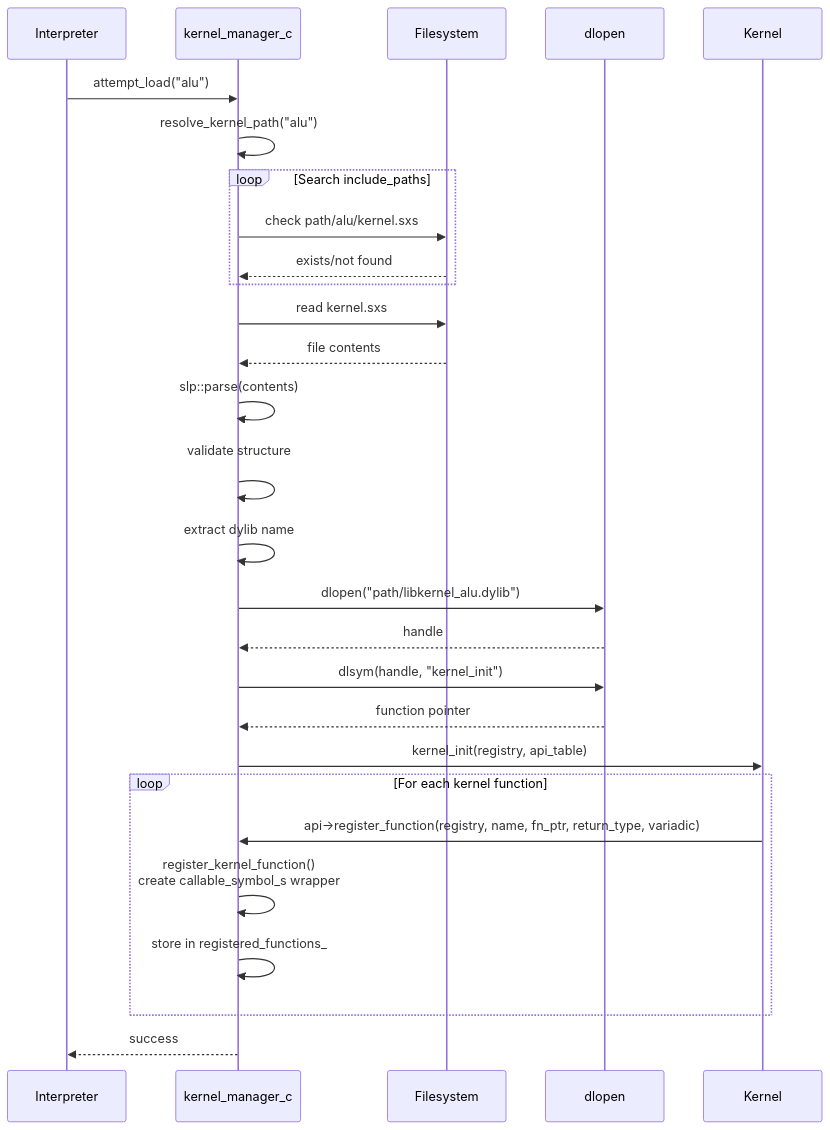
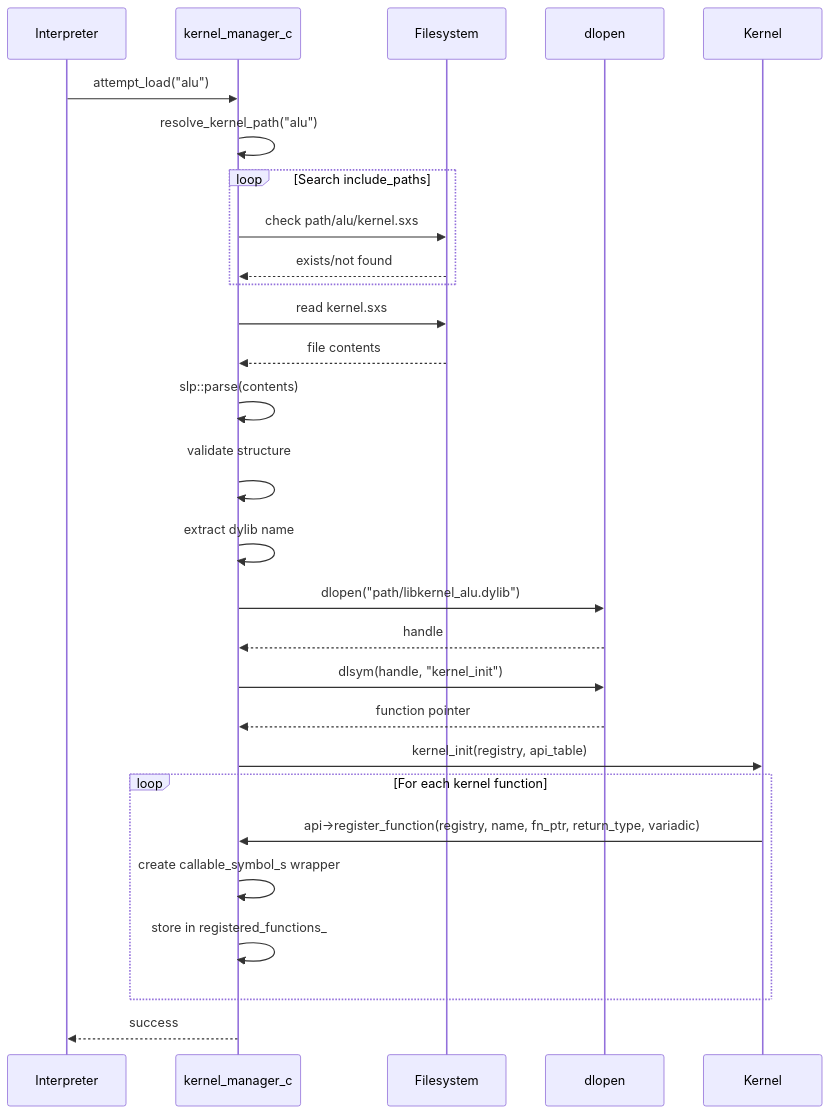
One commit to bosley/sxs changed the second of 3 diagrams in apps/pkg/core/kernels/kernels.md. Above: the diagram before and after it, drawn with Mermaid. The commit also changed other lines of this file and 47 other files, not shown here.

````diff
--- a/apps/pkg/core/kernels/kernels.md
+++ b/apps/pkg/core/kernels/kernels.md
@@ -104,39 +104,39 @@
 ```mermaid
 sequenceDiagram
     participant Interpreter
     participant kernel_manager_c
     participant Filesystem
     participant dlopen
     participant Kernel
 
     Interpreter->>kernel_manager_c: attempt_load("alu")
     
     kernel_manager_c->>kernel_manager_c: resolve_kernel_path("alu")
     loop Search include_paths
         kernel_manager_c->>Filesystem: check path/alu/kernel.sxs
         Filesystem-->>kernel_manager_c: exists/not found
     end
     
     kernel_manager_c->>Filesystem: read kernel.sxs
     Filesystem-->>kernel_manager_c: file contents
     
     kernel_manager_c->>kernel_manager_c: slp::parse(contents)
     kernel_manager_c->>kernel_manager_c: validate structure<br/>#(define-kernel name dylib [functions])
     kernel_manager_c->>kernel_manager_c: extract dylib name
     
     kernel_manager_c->>dlopen: dlopen("path/libkernel_alu.dylib")
     dlopen-->>kernel_manager_c: handle
     
     kernel_manager_c->>dlopen: dlsym(handle, "kernel_init")
     dlopen-->>kernel_manager_c: function pointer
     
     kernel_manager_c->>Kernel: kernel_init(registry, api_table)
     
     loop For each kernel function
         Kernel->>kernel_manager_c: api->register_function(registry, name, fn_ptr, return_type, variadic)
-        kernel_manager_c->>kernel_manager_c: register_kernel_function()<br/>create callable_symbol_s wrapper
+        kernel_manager_c->>kernel_manager_c: create callable_symbol_s wrapper
         kernel_manager_c->>kernel_manager_c: store in registered_functions_
     end
     
     kernel_manager_c-->>Interpreter: success
 ```
````
